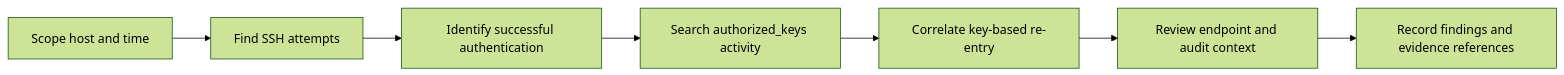
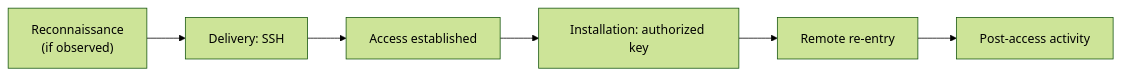
The eighth of 10 diagrams in README.md (KdMenon007/CatchMe-SOC-Project-01), drawn with Mermaid (forest theme) before and after one commit. The commit also changed other lines of this file, not shown here.

````diff
--- a/README.md
+++ b/README.md
@@ -367,9 +449,8 @@
-``` mermaid
+```mermaid
 flowchart LR
-    A["Scope host and time"] --> B["Find SSH attempts"]
-    B --> C["Identify successful authentication"]
-    C --> D["Search authorized_keys activity"]
-    D --> E["Correlate key-based re-entry"]
-    E --> F["Review endpoint and audit context"]
-    F --> G["Record findings and evidence references"]
+    A["Reconnaissance<br/>(if observed)"] --> B["Delivery: SSH"]
+    B --> C["Access established"]
+    C --> D["Installation: authorized key"]
+    D --> E["Remote re-entry"]
+    E --> F["Post-access activity"]
 ```
````
